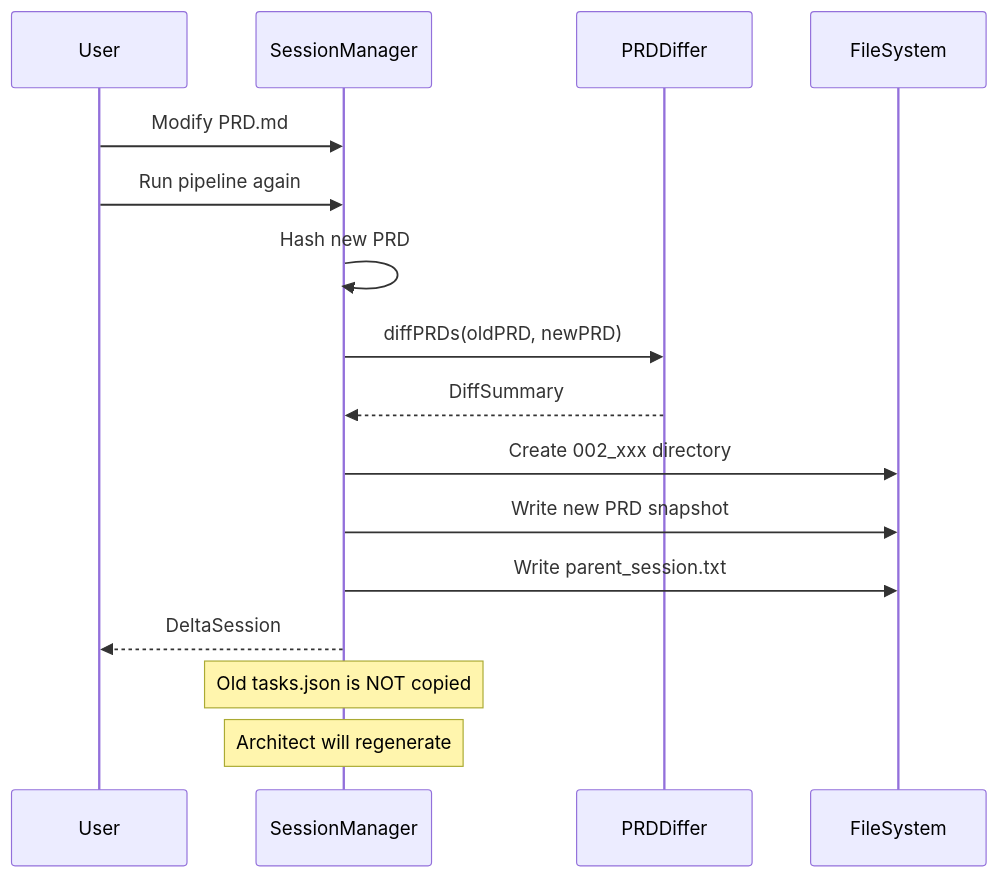
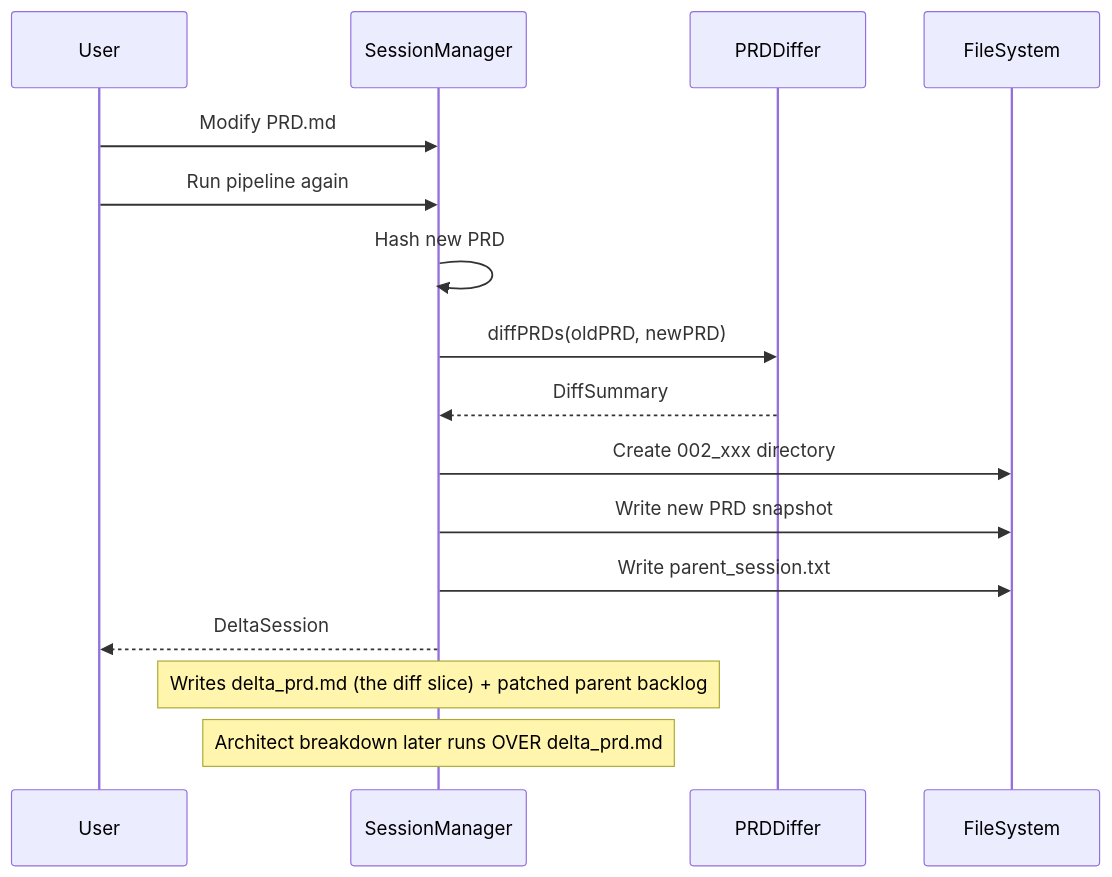
Before and after one commit to dabstractor/hack: the fifth of 8 diagrams in docs/ARCHITECTURE.md, drawn with Mermaid. The commit also changed other lines of this file and 7 other files, not shown here.

````diff
--- a/docs/ARCHITECTURE.md
+++ b/docs/ARCHITECTURE.md
@@ -729,23 +742,23 @@
 ```mermaid
 sequenceDiagram
     participant U as User
     participant SM as SessionManager
     participant D as PRDDiffer
     participant FS as FileSystem
 
     U->>SM: Modify PRD.md
     U->>SM: Run pipeline again
 
     SM->>SM: Hash new PRD
     SM->>D: diffPRDs(oldPRD, newPRD)
     D-->>SM: DiffSummary
 
     SM->>FS: Create 002_xxx directory
     SM->>FS: Write new PRD snapshot
     SM->>FS: Write parent_session.txt
 
     SM-->>U: DeltaSession
 
-    Note over SM: Old tasks.json is NOT copied
-    Note over SM: Architect will regenerate
+    Note over SM: Writes delta_prd.md (the diff slice) + patched parent backlog
+    Note over SM: Architect breakdown later runs OVER delta_prd.md
 ```
````
